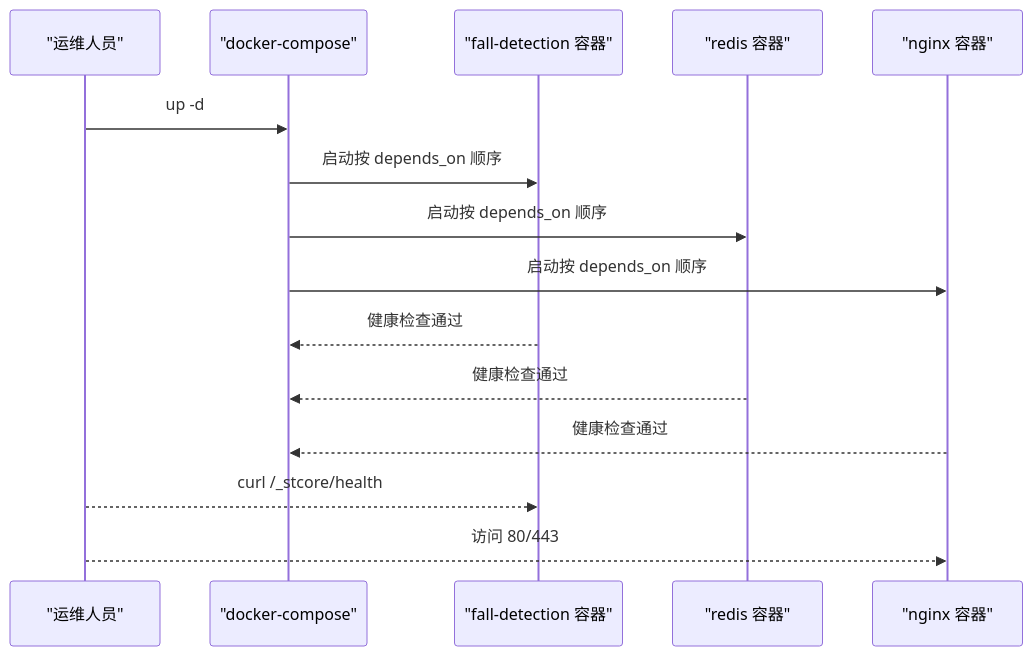
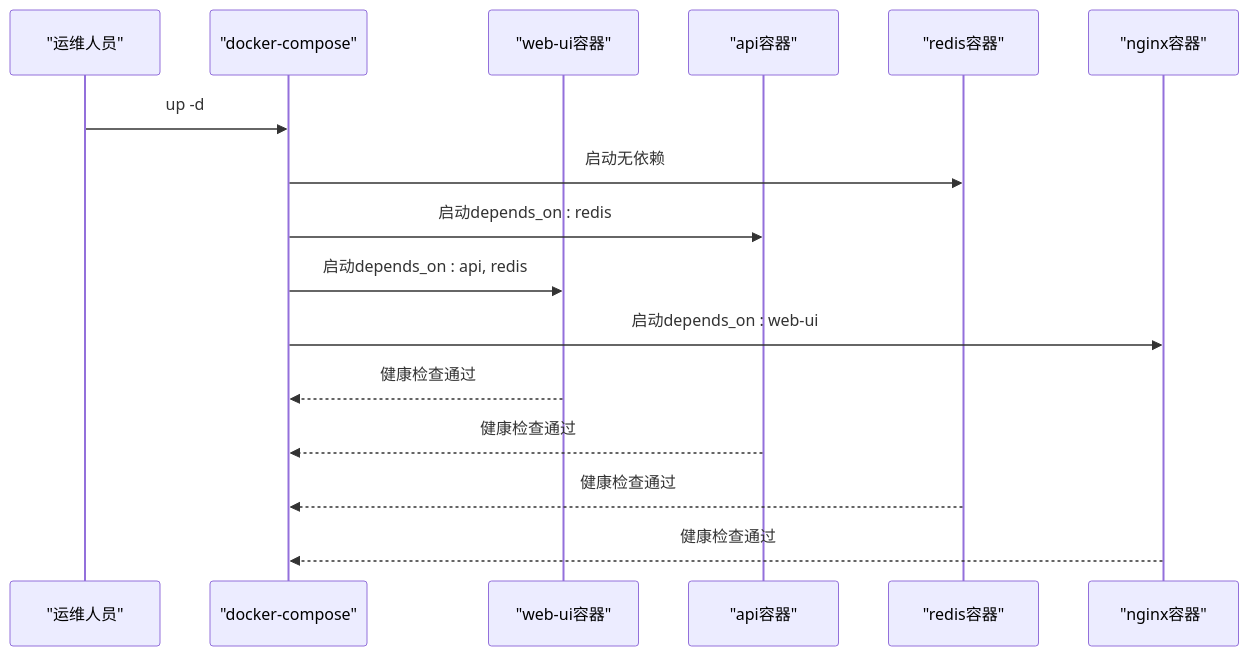
The fifth of 11 diagrams in .qoder/repowiki/zh/content/部署与运维/部署与运维.md (nanfeng2021/fall-detection-system), drawn with Mermaid before and after one commit. The commit also changed other lines of this file and 16 other files, not shown here.

````diff
--- a/.qoder/repowiki/zh/content/部署与运维/部署与运维.md
+++ b/.qoder/repowiki/zh/content/部署与运维/部署与运维.md
@@ -167,17 +241,18 @@
 ```mermaid
 sequenceDiagram
 participant Dev as "运维人员"
 participant DC as "docker-compose"
-participant App as "fall-detection 容器"
-participant Redis as "redis 容器"
-participant Nginx as "nginx 容器"
+participant Web as "web-ui容器"
+participant API as "api容器"
+participant Redis as "redis容器"
+participant Nginx as "nginx容器"
 Dev->>DC : up -d
-DC->>App : 启动按 depends_on 顺序
-DC->>Redis : 启动按 depends_on 顺序
-DC->>Nginx : 启动按 depends_on 顺序
-App-->>DC : 健康检查通过
+DC->>Redis : 启动无依赖
+DC->>API : 启动depends_on : redis
+DC->>Web : 启动depends_on : api, redis
+DC->>Nginx : 启动depends_on : web-ui
+Web-->>DC : 健康检查通过
+API-->>DC : 健康检查通过
 Redis-->>DC : 健康检查通过
 Nginx-->>DC : 健康检查通过
-Dev-->>App : curl /_stcore/health
-Dev-->>Nginx : 访问 80/443
 ```
````
